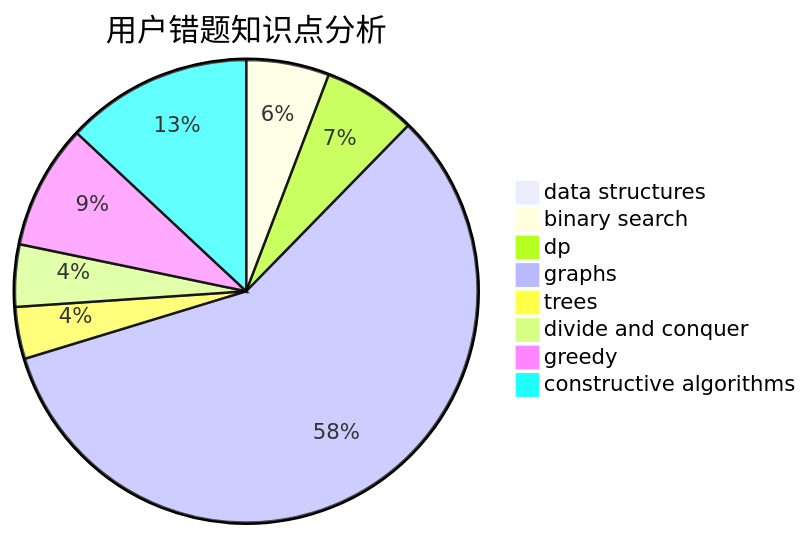
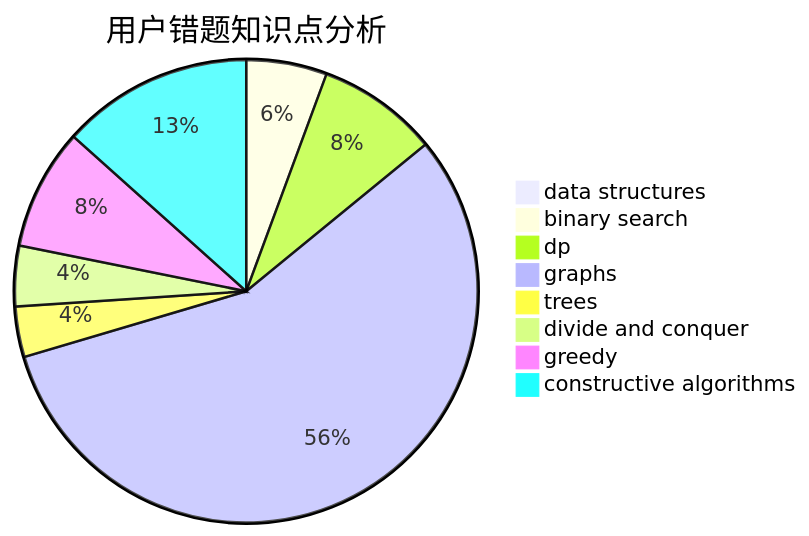
Before and after one commit to sherpahu/cfrs.github.io: the third of 3 diagrams in docs/user/u619.md, drawn with Mermaid. The commit also changed other lines of this file and 2770 other files, not shown here.

````diff
--- a/docs/user/u619.md
+++ b/docs/user/u619.md
@@ -36,11 +36,11 @@
 ```mermaid
 pie title 用户错题知识点分析
     "data structures" :  0
     "binary search" :  8
-    "dp" :  9
+    "dp" :  12
     "graphs" :  80
     "trees" :  5
     "divide and conquer" :  6
     "greedy" :  12
-    "constructive algorithms" :  18
+    "constructive algorithms" :  19
 ```
````
